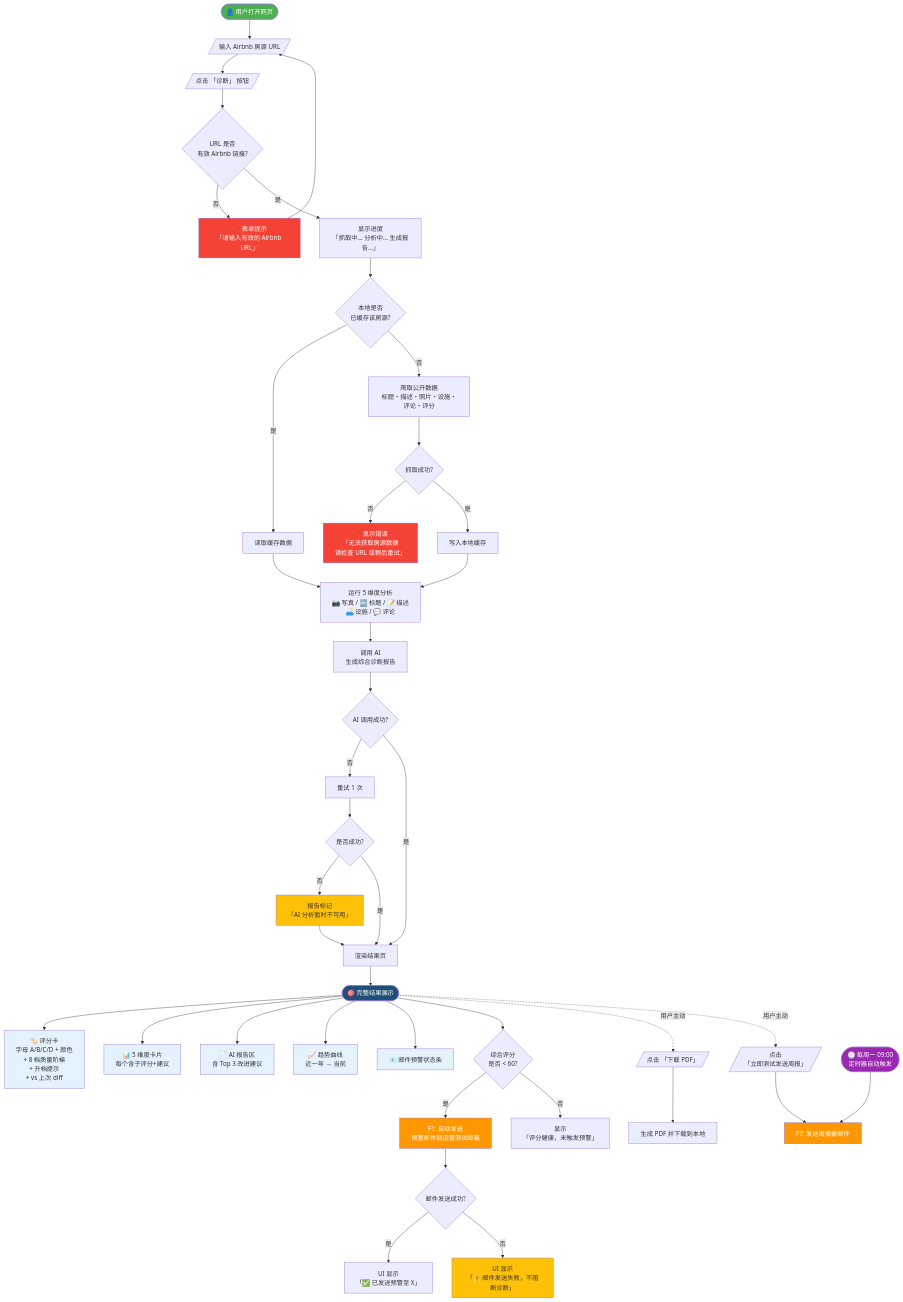
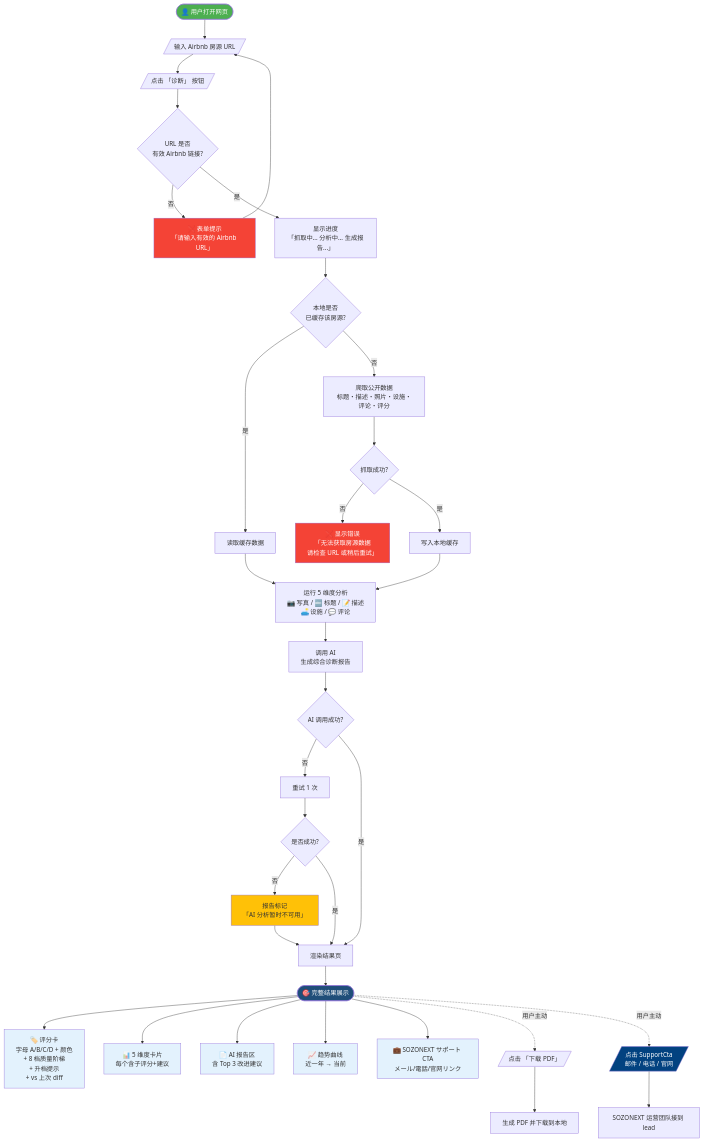
Before and after one commit to yzhansozo101/SOZO_REVIEW: the diagram in docs/user-flow.md, drawn with Mermaid. The commit also changed other lines of this file and 29 other files, not shown here.

First line of the commit message:
feat: replace F1/F7 notification UI with SOZONEXT marketing CTA (#16)

````diff
--- a/docs/user-flow.md
+++ b/docs/user-flow.md
@@ -8,69 +8,57 @@
 ```mermaid
 flowchart TD
     Start([👤 用户打开网页]) --> Input[/输入 Airbnb 房源 URL/]
     Input --> Diagnose[/点击 「诊断」 按钮/]
     Diagnose --> Validate{URL 是否<br/>有效 Airbnb 链接?}
 
     Validate -- 否 --> Err1[❌ 表单提示<br/>「请输入有效的 Airbnb URL」]
     Err1 --> Input
 
     Validate -- 是 --> Loading[显示进度<br/>「抓取中... 分析中... 生成报告...」]
 
     Loading --> Cache{本地是否<br/>已缓存该房源?}
     Cache -- 是 --> LoadCache[读取缓存数据]
     Cache -- 否 --> Crawl[爬取公开数据<br/>标题・描述・照片・设施・评论・评分]
 
     Crawl --> CrawlOK{抓取成功?}
     CrawlOK -- 否 --> Err2[❌ 显示错误<br/>「无法获取房源数据<br/>请检查 URL 或稍后重试」]
     CrawlOK -- 是 --> SaveCache[写入本地缓存]
 
     SaveCache --> Analyze
     LoadCache --> Analyze[运行 5 维度分析<br/>📷 写真 / 🔤 标题 / 📝 描述<br/>🛋️ 设施 / 💬 评论]
 
     Analyze --> AICall[调用 AI<br/>生成综合诊断报告]
     AICall --> AIOK{AI 调用成功?}
     AIOK -- 否 --> AIRetry[重试 1 次]
     AIRetry --> AIOK2{是否成功?}
     AIOK2 -- 否 --> AIFail[报告标记<br/>「AI 分析暂时不可用」]
     AIOK2 -- 是 --> Render
     AIOK -- 是 --> Render
     AIFail --> Render
 
     Render[渲染结果页] --> Result([🎯 完整结果展示])
 
     Result --> D1[🏷️ 评分卡<br/>字母 A/B/C/D + 颜色<br/>+ 8 档质量阶梯<br/>+ 升档提示<br/>+ vs 上次 diff]
     Result --> D2[📊 5 维度卡片<br/>每个含子评分+建议]
     Result --> D3[📄 AI 报告区<br/>含 Top 3 改进建议]
     Result --> D4[📈 趋势曲线<br/>近一年 → 当前]
-    Result --> D5[📧 邮件预警状态条]
-
-    Result --> Score{综合评分<br/>是否 < 60?}
-    Score -- 是 --> SendAlert[F1: 自动发送<br/>预警邮件到运营测试邮箱]
-    Score -- 否 --> NoAlert[显示<br/>「评分健康，未触发预警」]
-    SendAlert --> EmailOK{邮件发送成功?}
-    EmailOK -- 是 --> AlertShown[UI 显示<br/>「✅ 已发送预警至 X」]
-    EmailOK -- 否 --> EmailErr[UI 显示<br/>「⚠️ 邮件发送失败，不阻断诊断」]
+    Result --> D5[💼 SOZONEXT サポート CTA<br/>メール/電話/官网リンク]
 
     Result -.用户主动.-> PDF[/点击 「下载 PDF」/]
     PDF --> PDFFile[生成 PDF 并下载到本地]
 
-    Result -.用户主动.-> TestWeekly[/点击<br/>「立即测试发送周报」/]
-    TestWeekly --> WeeklyEmail[F7: 发送周摘要邮件]
-
-    Cron([🕘 每周一 09:00<br/>定时器自动触发]) --> WeeklyEmail
+    Result -.用户主动.-> Contact[/点击 SupportCta<br/>邮件 / 电话 / 官网/]
+    Contact --> Lead[SOZONEXT 运营团队接到 lead]
 
     style Start fill:#4CAF50,color:#fff
     style Result fill:#1F4E79,color:#fff
     style Err1 fill:#F44336,color:#fff
     style Err2 fill:#F44336,color:#fff
-    style SendAlert fill:#FF9800,color:#fff
-    style WeeklyEmail fill:#FF9800,color:#fff
     style AIFail fill:#FFC107
-    style EmailErr fill:#FFC107
     style D1 fill:#E3F2FD
     style D2 fill:#E3F2FD
     style D3 fill:#E3F2FD
     style D4 fill:#E3F2FD
     style D5 fill:#E3F2FD
-    style Cron fill:#9C27B0,color:#fff
+    style Contact fill:#024280,color:#fff
 ```
````
